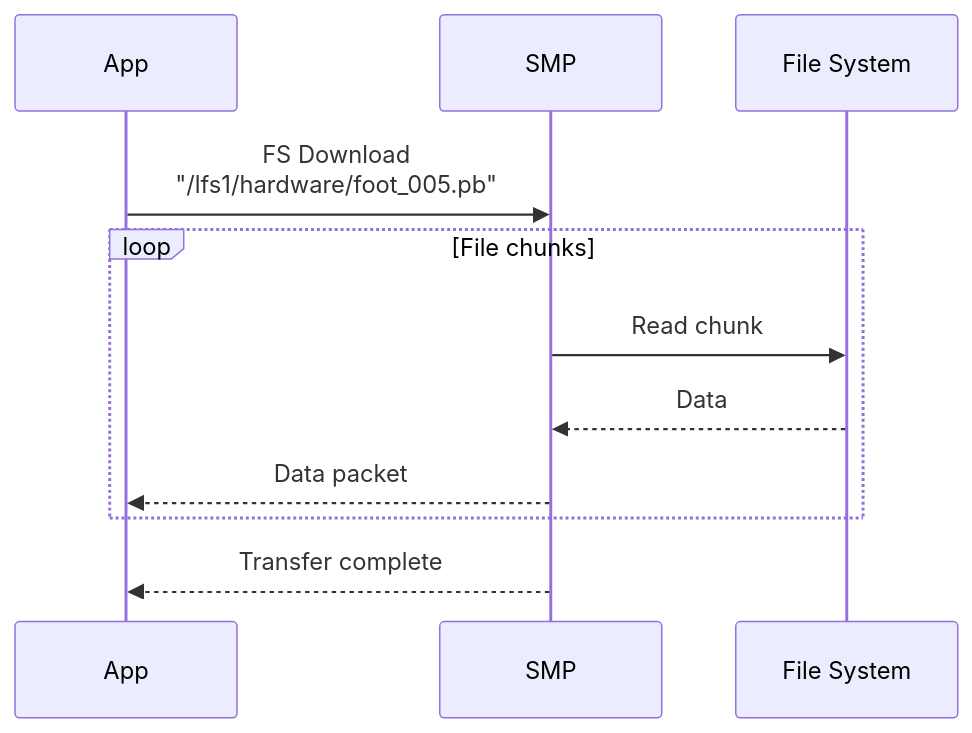
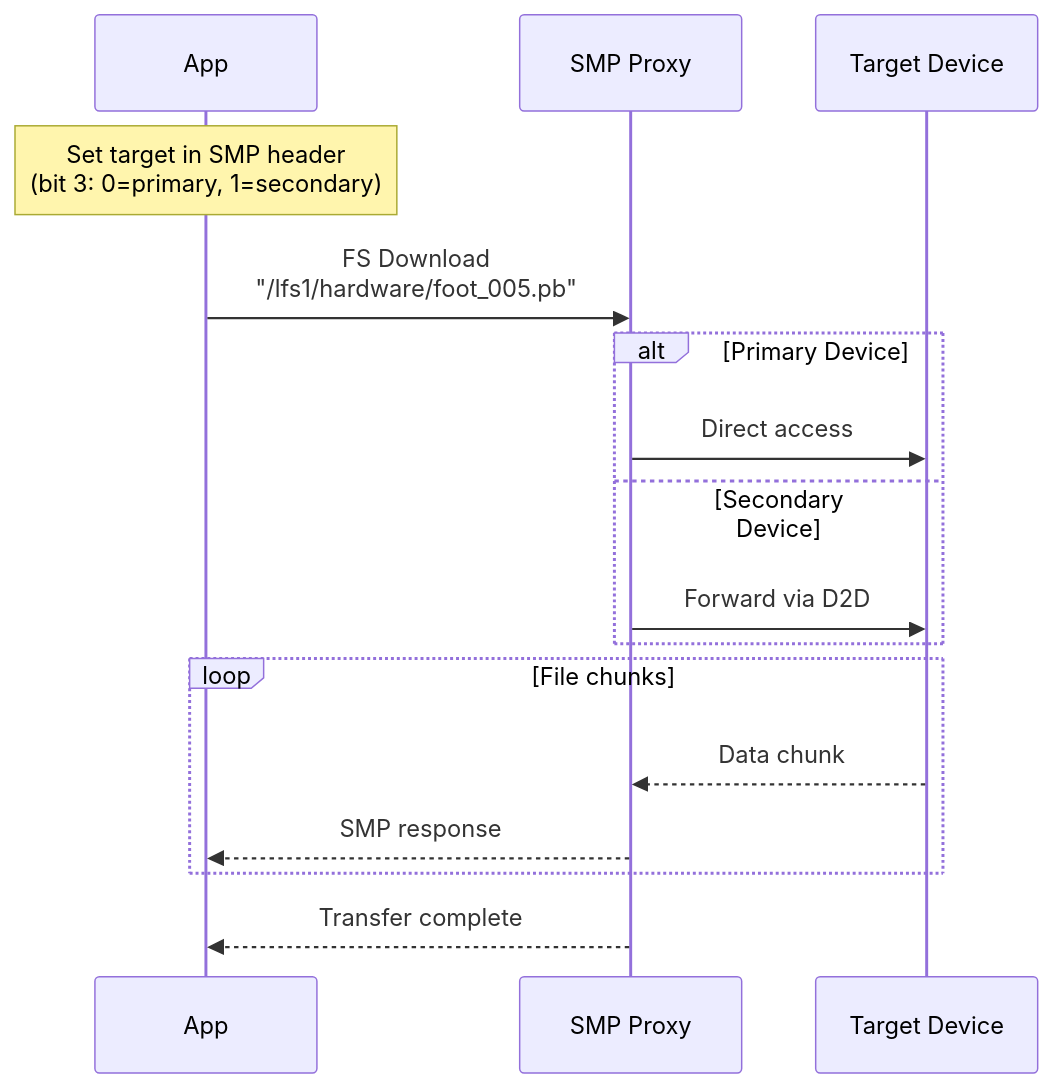
The tenth of 13 diagrams in docs/Sensor_Logging_Specification.md (Botz-Limited/sensing_system-Zephyr), drawn with Mermaid before and after one commit. The commit also changed other lines of this file and 42 other files, not shown here.

Commit message:
implemente sample sequence and mobile power mode

````diff
--- a/docs/Sensor_Logging_Specification.md
+++ b/docs/Sensor_Logging_Specification.md
@@ -497,16 +499,23 @@
 ```mermaid
 sequenceDiagram
     participant App
-    participant SMP
-    participant FS as File System
+    participant SMP Proxy
+    participant Target Device
     
-    App->>SMP: FS Download<br/>"/lfs1/hardware/foot_005.pb"
+    Note over App: Set target in SMP header<br/>(bit 3: 0=primary, 1=secondary)
+    
+    App->>SMP Proxy: FS Download<br/>"/lfs1/hardware/foot_005.pb"
+    
+    alt Primary Device
+        SMP Proxy->>Target Device: Direct access
+    else Secondary Device
+        SMP Proxy->>Target Device: Forward via D2D
+    end
     
     loop File chunks
-        SMP->>FS: Read chunk
-        FS-->>SMP: Data
-        SMP-->>App: Data packet
+        Target Device-->>SMP Proxy: Data chunk
+        SMP Proxy-->>App: SMP response
     end
     
-    SMP-->>App: Transfer complete
+    SMP Proxy-->>App: Transfer complete
 ```
````
